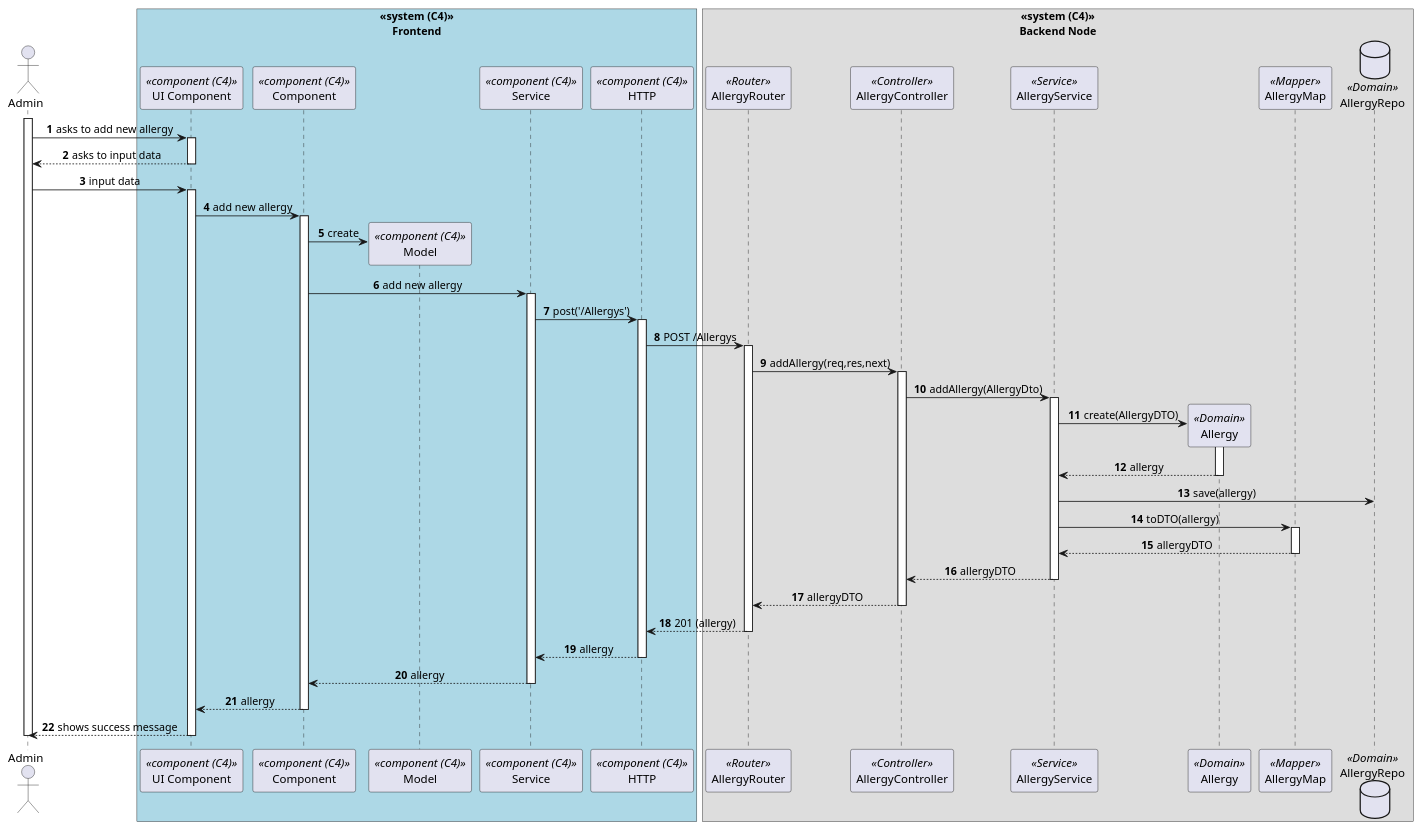
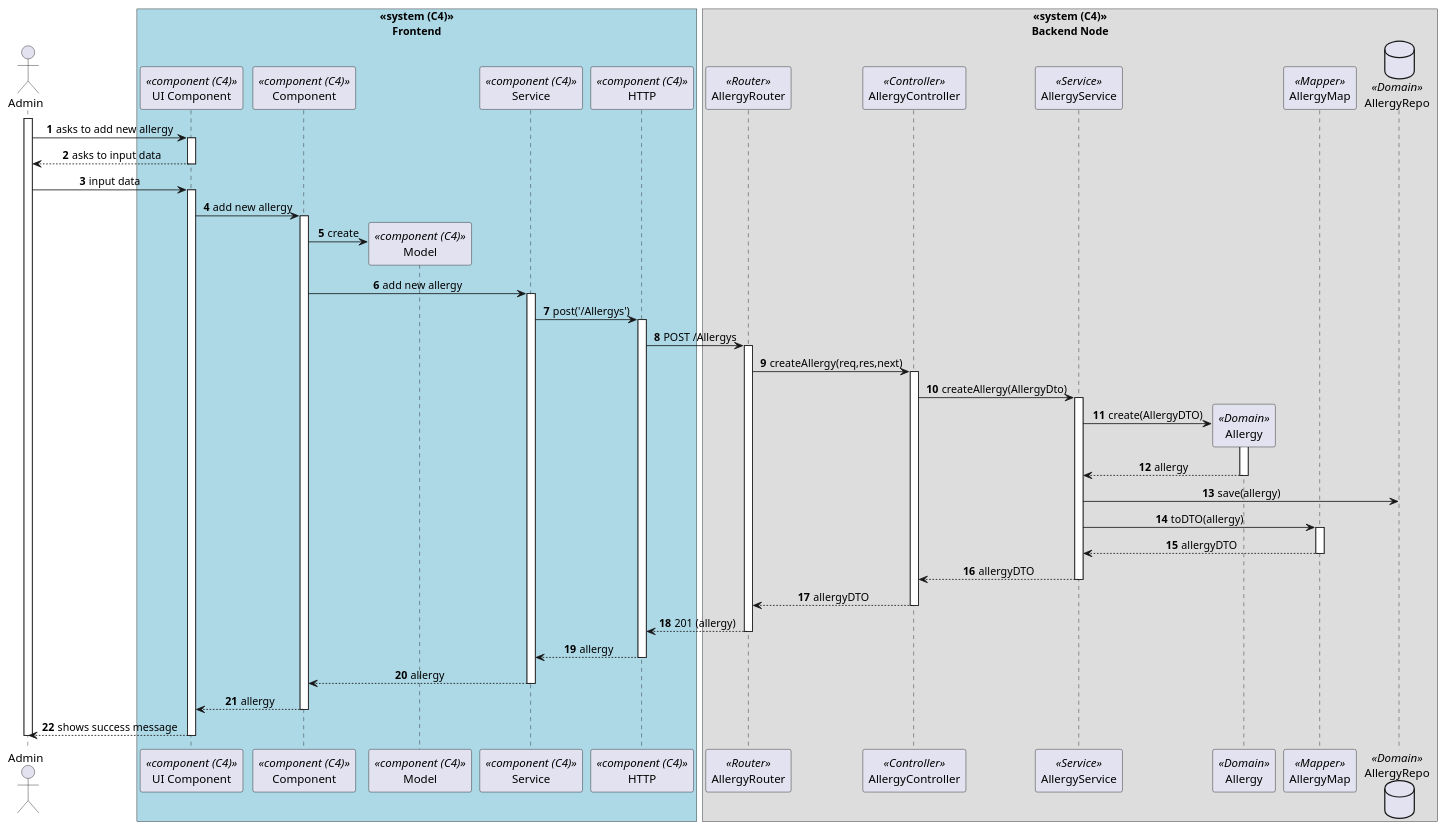
The diagram in docs/sprint-c/us-7.2.2/views/level3/process-view.puml (1220846/sem5pi-24-25-3ddg20), drawn with PlantUML before and after one commit.

Commit message:
Correction of documentation level3 #101

```diff
--- a/docs/sprint-c/us-7.2.2/views/level3/process-view.puml
+++ b/docs/sprint-c/us-7.2.2/views/level3/process-view.puml
@@ -1,67 +1,67 @@
 @startuml process-view
 autonumber
 skinparam DefaultTextAlignment center
 actor Admin as "Admin"
 box "<<system (C4)>>\nFrontend"#LightBlue
     participant ComponentUI as "UI Component" <<component (C4)>>
     participant Component as "Component" <<component (C4)>>
     participant Model as "Model" <<component (C4)>>
     participant Service as "Service" <<component (C4)>>
     participant HTTP as "HTTP" <<component (C4)>>
 end box
 box "<<system (C4)>>\nBackend Node"
     participant Router as "AllergyRouter"<<Router>>
     participant Controller as "AllergyController"<<Controller>>
     participant Service_ as "AllergyService"<<Service>>
     participant Allergy as "Allergy"<<Domain>>
     participant AllergyMap as "AllergyMap"<<Mapper>>
     database AllergyRepo as "AllergyRepo"<<Domain>>
 end box
 activate Admin
     Admin -> ComponentUI : asks to add new allergy
     activate ComponentUI
         ComponentUI --> Admin : asks to input data
     deactivate ComponentUI
     Admin -> ComponentUI : input data
     activate ComponentUI
         ComponentUI -> Component : add new allergy
         activate Component
             Component -> Model** : create
             
             Component -> Service : add new allergy
             activate Service
                 Service -> HTTP : post('/Allergys')
                 activate HTTP
                     HTTP -> Router : POST /Allergys
                     activate Router
-                        Router -> Controller : addAllergy(req,res,next)
+                        Router -> Controller : createAllergy(req,res,next)
                         activate Controller
-                            Controller -> Service_ : addAllergy(AllergyDto)
+                            Controller -> Service_ : createAllergy(AllergyDto)
                             
                             activate Service_
                                 Service_ -> Allergy**: create(AllergyDTO)
                                 activate Allergy
                                     Allergy --> Service_ : allergy
                                 deactivate Allergy
                                 Service_ -> AllergyRepo : save(allergy)
                                 Service_ -> AllergyMap : toDTO(allergy)
                                 activate AllergyMap
                                     AllergyMap --> Service_ : allergyDTO
                                 deactivate AllergyMap
                                 
                                 Service_ --> Controller : allergyDTO
                             deactivate Service_
                             Controller --> Router : allergyDTO
                         deactivate Controller
                         Router --> HTTP : 201 (allergy)
                     deactivate Router
                     HTTP --> Service : allergy
                 deactivate HTTP
                 Service --> Component : allergy
             deactivate Service
             Component --> ComponentUI : allergy
         deactivate Component
     Admin <-- ComponentUI : shows success message
     deactivate ComponentUI
 deactivate Admin
 @enduml
```
